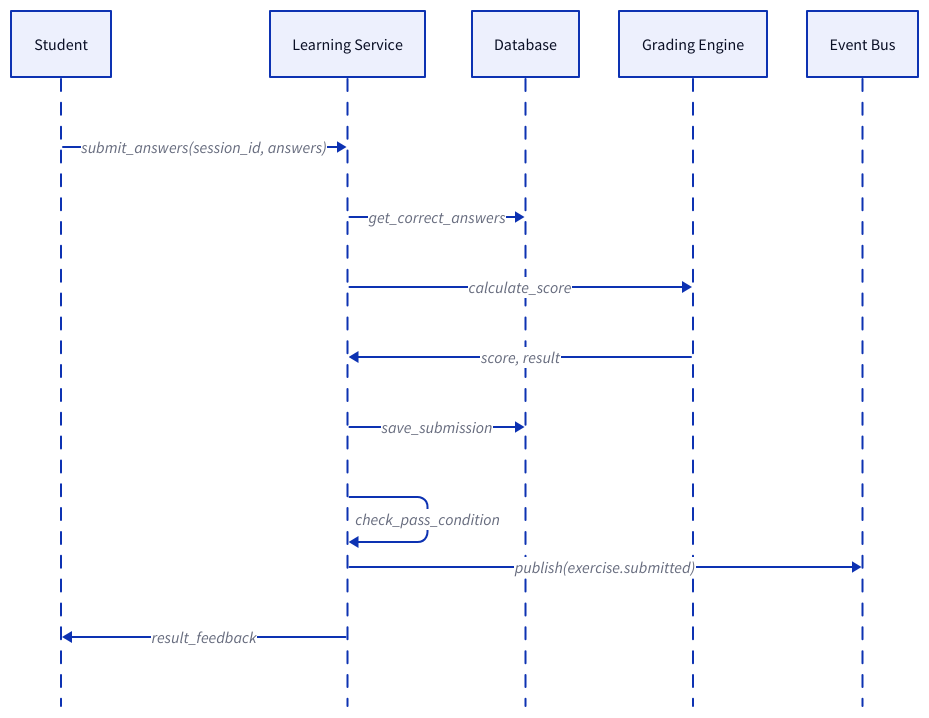
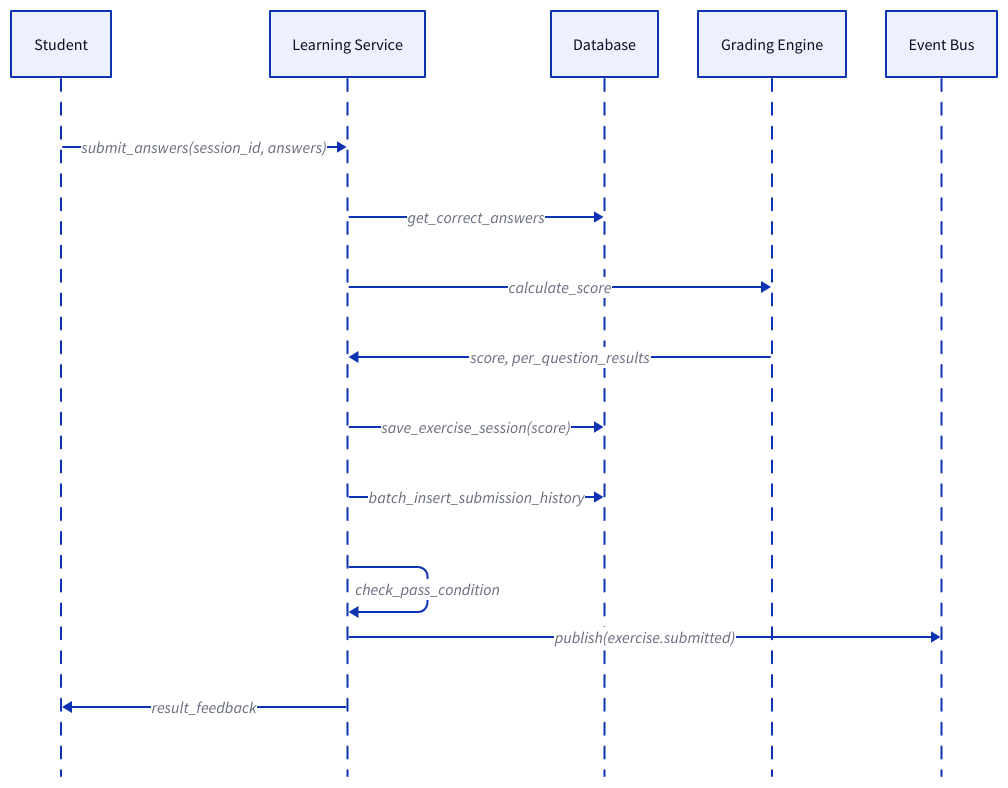
One commit to philongdanh/lms changed the first of 5 diagrams in spec/modules/learning.md. Above: the diagram before and after it, drawn with D2. The commit also changed other lines of this file and 16 other files, not shown here.

````diff
--- a/spec/modules/learning.md
+++ b/spec/modules/learning.md
@@ -24,17 +27,18 @@
 ```d2
 shape: sequence_diagram
 Student
 "Learning Service"
 Database
 "Grading Engine"
 "Event Bus"
 
 Student -> "Learning Service": submit_answers(session_id, answers)
 "Learning Service" -> Database: get_correct_answers
 "Learning Service" -> "Grading Engine": calculate_score
-"Grading Engine" -> "Learning Service": score, result
-"Learning Service" -> Database: save_submission
+"Grading Engine" -> "Learning Service": score, per_question_results
+"Learning Service" -> Database: save_exercise_session(score)
+"Learning Service" -> Database: batch_insert_submission_history
 "Learning Service" -> "Learning Service": check_pass_condition
 "Learning Service" -> "Event Bus": publish(exercise.submitted)
 "Learning Service" -> Student: result_feedback
 ```
````
